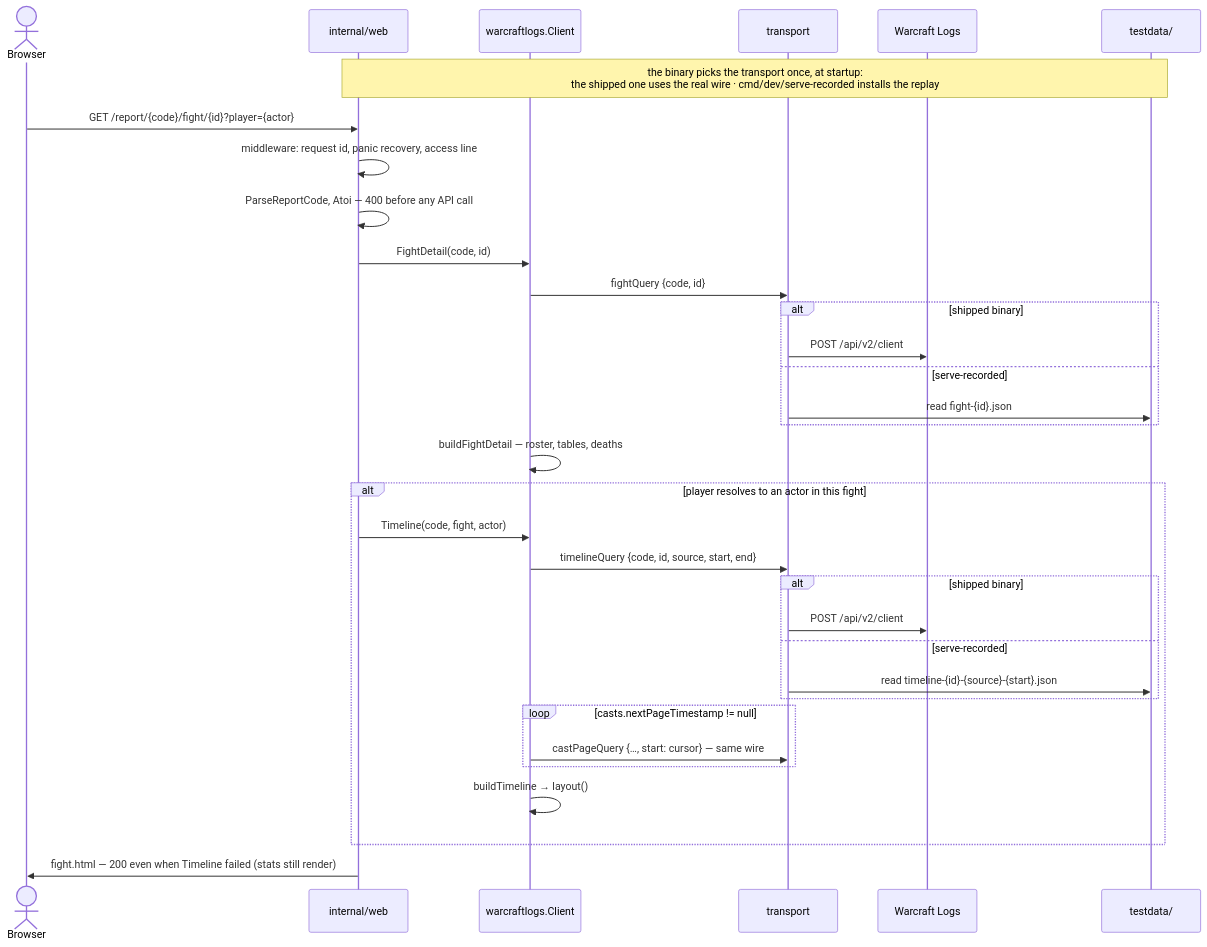
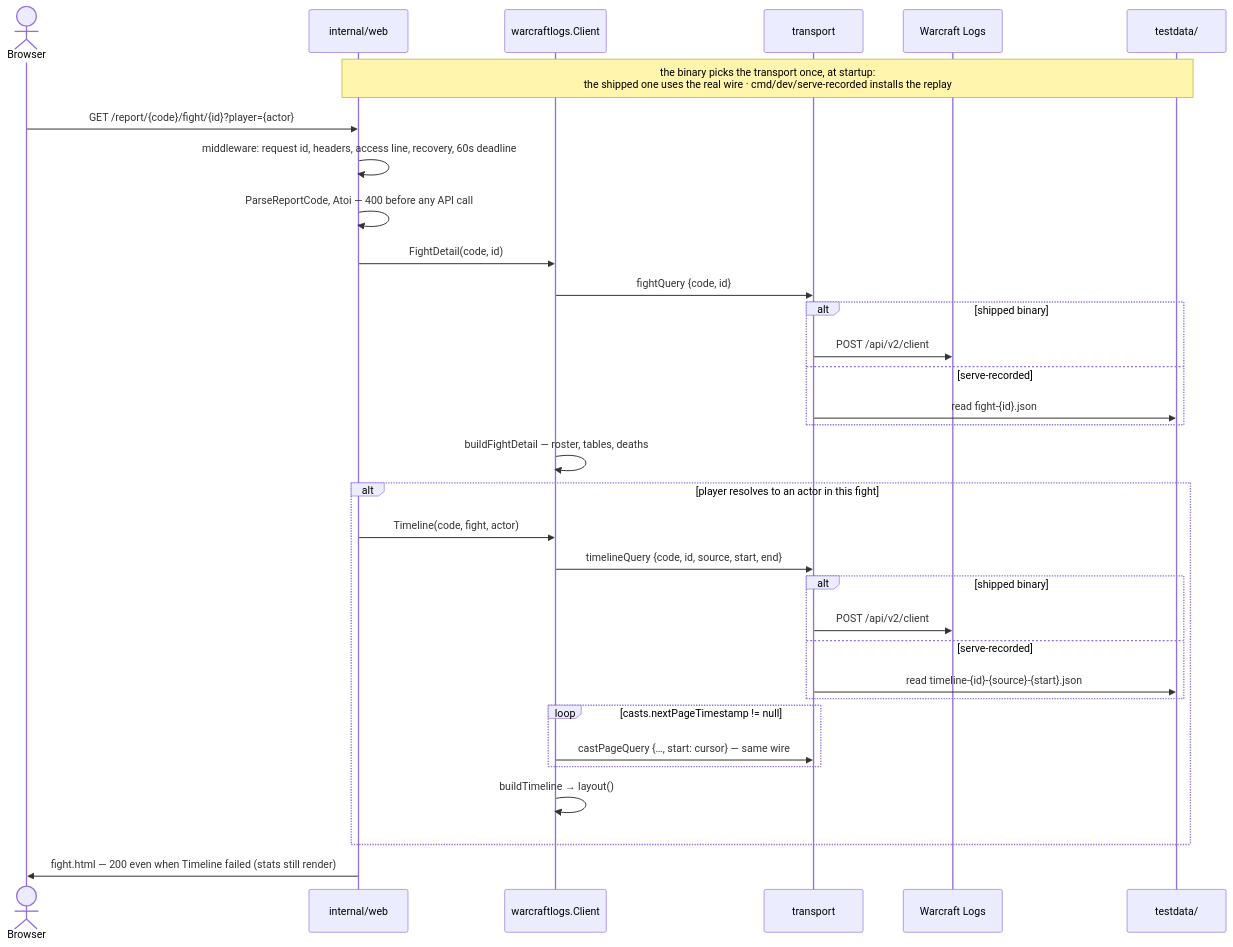
Before and after one commit to Gabriel2048/wow-insights: the third of 3 diagrams in ARCHITECTURE.md, drawn with Mermaid. The commit also changed other lines of this file and 7 other files, not shown here.

First line of the commit message:
Security headers, a request deadline, and no /health/wcl (#37)

````diff
--- a/ARCHITECTURE.md
+++ b/ARCHITECTURE.md
@@ -121,37 +121,37 @@
 ```mermaid
 sequenceDiagram
     actor B as Browser
     participant S as internal/web
     participant C as warcraftlogs.Client
     participant T as transport
     participant W as Warcraft Logs
     participant F as testdata/
 
     Note over S,F: the binary picks the transport once, at startup:<br/>the shipped one uses the real wire · cmd/dev/serve-recorded installs the replay
 
     B->>S: GET /report/{code}/fight/{id}?player={actor}
-    S->>S: middleware: request id, panic recovery, access line
+    S->>S: middleware: request id, headers, access line, recovery, 60s deadline
     S->>S: ParseReportCode, Atoi — 400 before any API call
     S->>C: FightDetail(code, id)
     C->>T: fightQuery {code, id}
     alt shipped binary
         T->>W: POST /api/v2/client
     else serve-recorded
         T->>F: read fight-{id}.json
     end
     C->>C: buildFightDetail — roster, tables, deaths
     alt player resolves to an actor in this fight
         S->>C: Timeline(code, fight, actor)
         C->>T: timelineQuery {code, id, source, start, end}
         alt shipped binary
             T->>W: POST /api/v2/client
         else serve-recorded
             T->>F: read timeline-{id}-{source}-{start}.json
         end
         loop casts.nextPageTimestamp != null
             C->>T: castPageQuery {…, start: cursor} — same wire
         end
         C->>C: buildTimeline → layout()
     end
     S->>B: fight.html — 200 even when Timeline failed (stats still render)
 ```
````
